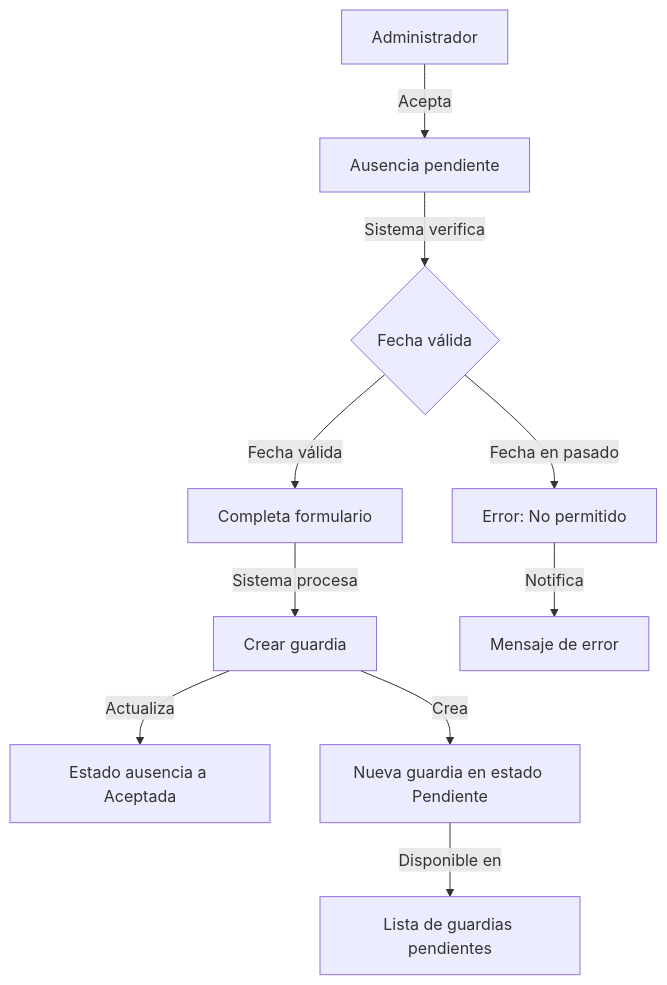
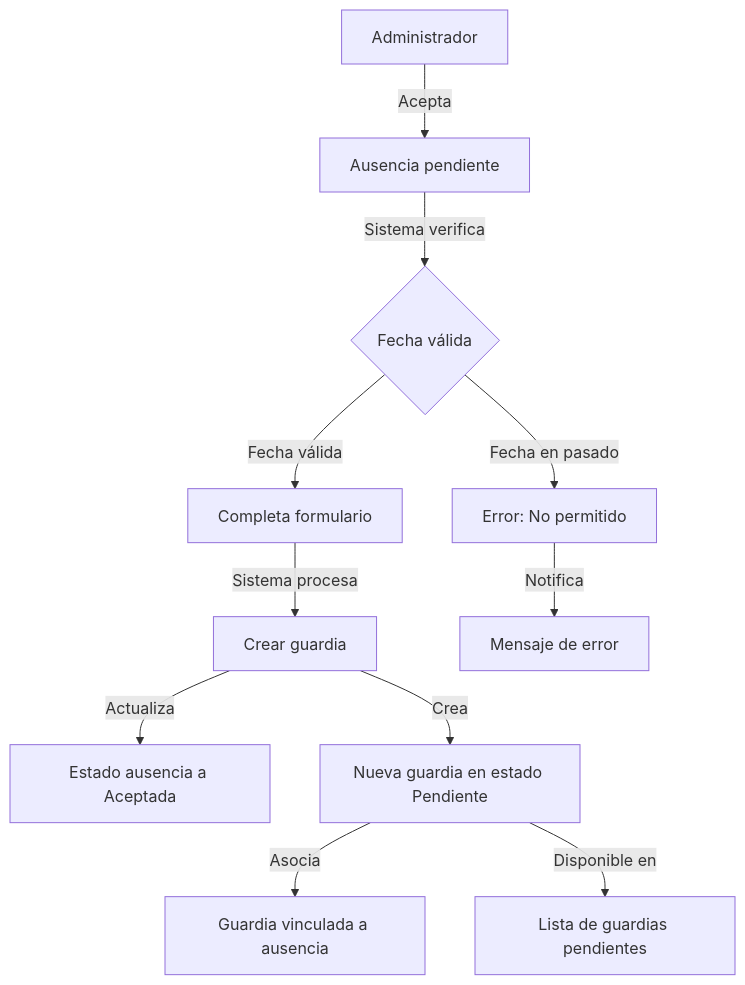
One commit to RGiskard7/gestion-guardias changed diagram 12 of 20 in doc/DIAGRAMAS-FLUJO.md. Above: the diagram before and after it, drawn with Mermaid. The commit also changed other lines of this file and 5 other files, not shown here.

First line of the commit message:
docs: actualizar documentación técnica y diagramas

````diff
--- a/doc/DIAGRAMAS-FLUJO.md
+++ b/doc/DIAGRAMAS-FLUJO.md
@@ -193,12 +238,13 @@
 ```mermaid
 flowchart TD
     A[Administrador] -->|Acepta| B[Ausencia pendiente]
     B -->|Sistema verifica| C{Fecha válida}
     C -->|Fecha en pasado| D[Error: No permitido]
     C -->|Fecha válida| E[Completa formulario]
     E -->|Sistema procesa| F[Crear guardia]
     F -->|Actualiza| G[Estado ausencia a Aceptada]
     F -->|Crea| H[Nueva guardia en estado Pendiente]
-    H -->|Disponible en| I[Lista de guardias pendientes]
-    D -->|Notifica| J[Mensaje de error]
+    H -->|Asocia| I[Guardia vinculada a ausencia]
+    H -->|Disponible en| J[Lista de guardias pendientes]
+    D -->|Notifica| K[Mensaje de error]
 ```
````
